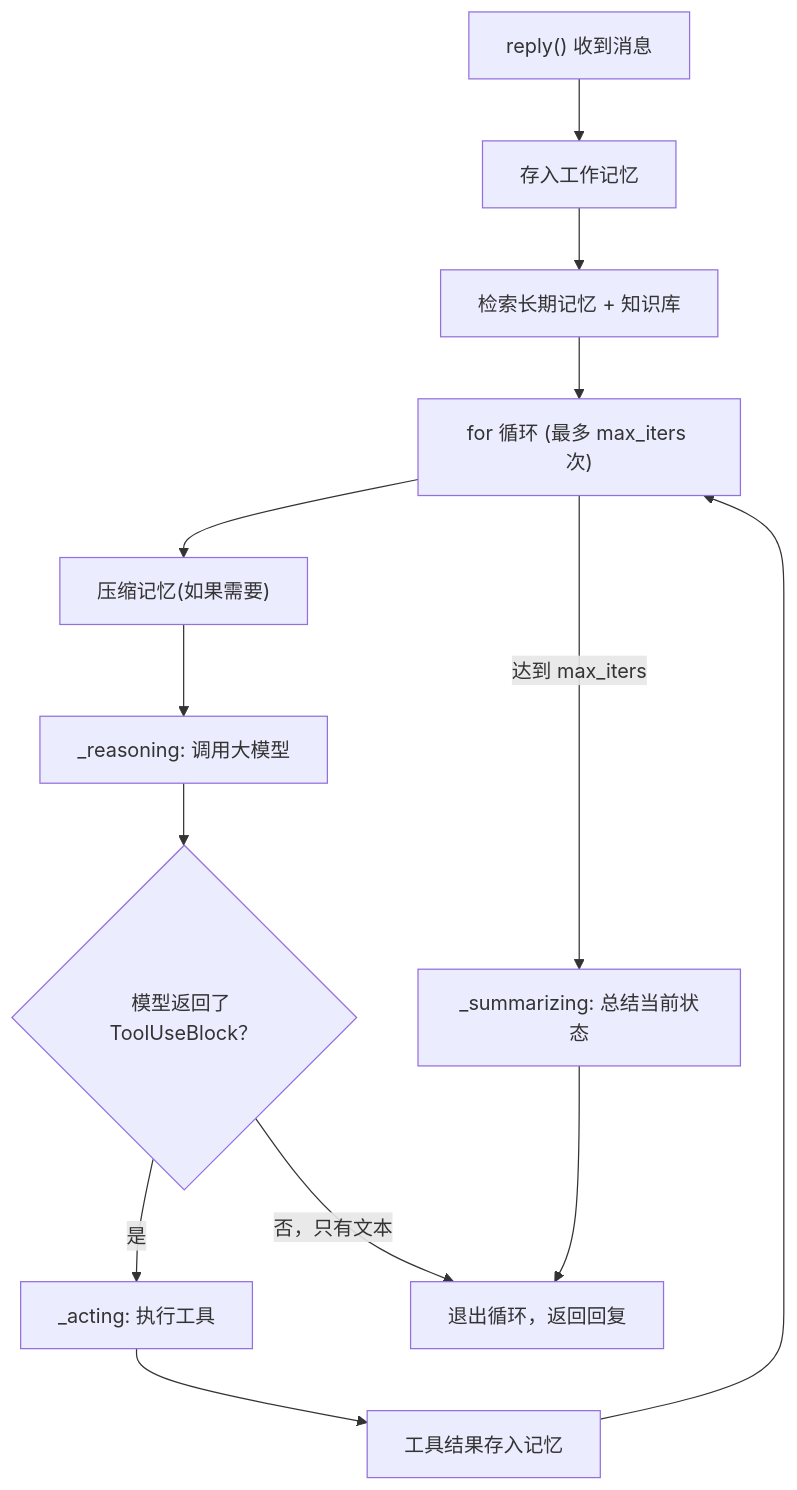
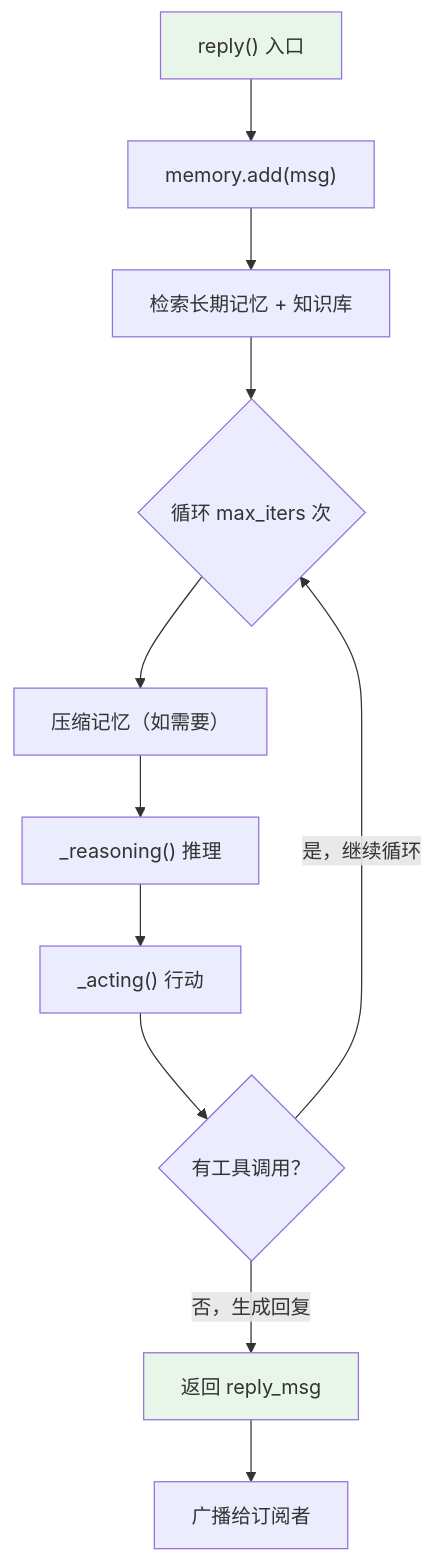
One commit to agentscope-ai/agentscope changed the second of 2 diagrams in teaching/book/volume-1-journey/ch11-loop-return.md. Above: the diagram before and after it, drawn with Mermaid. The commit also changed other lines of this file, not shown here.

First line of the commit message:
docs: write ch11 - loop and return (Station 8)

````diff
--- a/teaching/book/volume-1-journey/ch11-loop-return.md
+++ b/teaching/book/volume-1-journey/ch11-loop-return.md
@@ -9,15 +102,16 @@
 ```mermaid
-flowchart TD
-    A["reply() 收到消息"] --> B["存入工作记忆"]
-    B --> C["检索长期记忆 + 知识库"]
-    C --> D["for 循环 (最多 max_iters 次)"]
-    D --> E["压缩记忆(如果需要)"]
-    E --> F["_reasoning: 调用大模型"]
-    F --> G{"模型返回了 ToolUseBlock？"}
-    G -->|是| H["_acting: 执行工具"]
-    H --> I["工具结果存入记忆"]
-    I --> D
-    G -->|否，只有文本| J["退出循环，返回回复"]
-    D -->|"达到 max_iters"| K["_summarizing: 总结当前状态"]
-    K --> J
+graph TD
+    Start["reply() 入口"] --> Add["memory.add(msg)"]
+    Add --> Retrieve["检索长期记忆 + 知识库"]
+    Retrieve --> LoopStart{"循环 max_iters 次"}
+    LoopStart --> Compress["压缩记忆（如需要）"]
+    Compress --> Reason["_reasoning() 推理"]
+    Reason --> Act["_acting() 行动"]
+    Act --> Check{"有工具调用？"}
+    Check -->|"是，继续循环"| LoopStart
+    Check -->|"否，生成回复"| Return["返回 reply_msg"]
+    Return --> Broadcast["广播给订阅者"]
+
+    style Start fill:#e8f5e9
+    style Return fill:#e8f5e9
 ```
````
